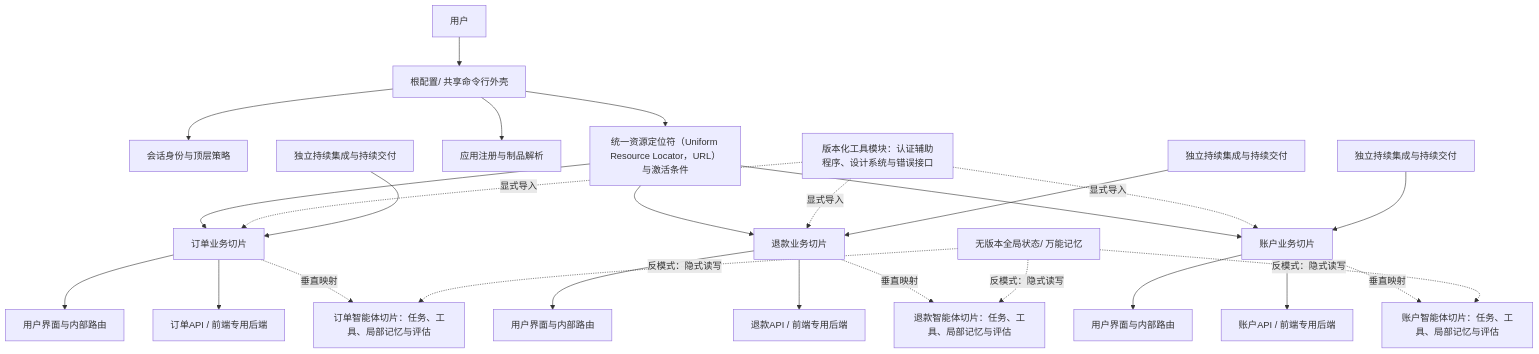
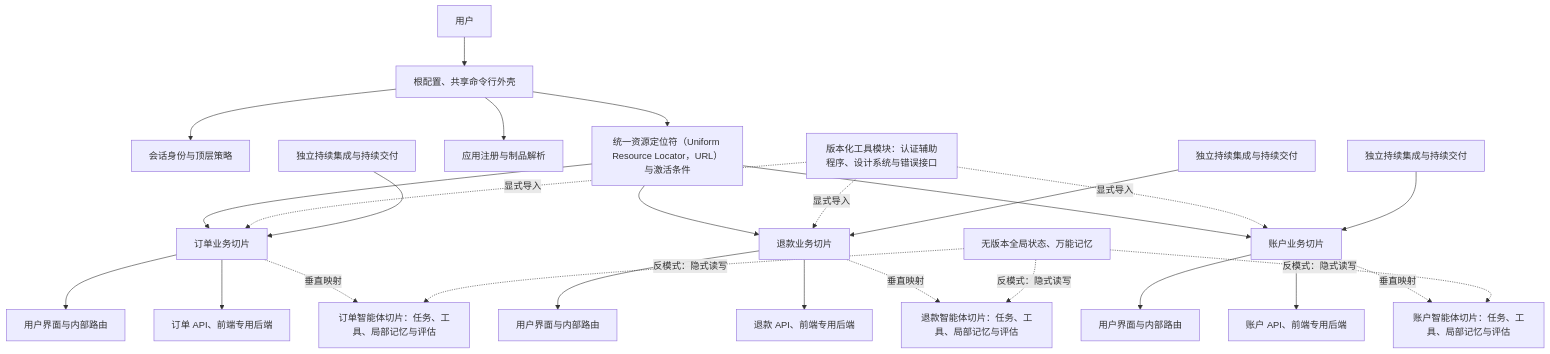
Before and after one commit to sealday/tego-arch: the first of 2 diagrams in content/cases/micro-frontends-single-spa.mdx, drawn with Mermaid. The commit also changed other lines of this file and 33 other files, not shown here.

````diff
--- a/content/cases/micro-frontends-single-spa.mdx
+++ b/content/cases/micro-frontends-single-spa.mdx
@@ -109,39 +109,39 @@
 ```mermaid
 flowchart TB
   accTitle: 微前端运行时组合与智能体垂直所有权映射
   accDescr: 共享命令行外壳根据路由和身份激活各业务切片；每个切片拥有自己的界面、领域逻辑、数据接口和发布流水线，并映射为拥有工具和局部记忆的智能体业务切片。
 
-  User["用户"] --> Shell["根配置/ 共享命令行外壳"]
+  User["用户"] --> Shell["根配置、共享命令行外壳"]
   Shell --> Identity["会话身份与顶层策略"]
   Shell --> Router["统一资源定位符（Uniform Resource Locator，URL）与激活条件"]
   Shell --> Registry["应用注册与制品解析"]
 
   Router --> Orders["订单业务切片"]
   Router --> Refunds["退款业务切片"]
   Router --> Profile["账户业务切片"]
 
   Orders --> OrdersUI["用户界面与内部路由"]
-  Orders --> OrdersAPI["订单API / 前端专用后端"]
+  Orders --> OrdersAPI["订单 API、前端专用后端"]
   Refunds --> RefundUI["用户界面与内部路由"]
-  Refunds --> RefundAPI["退款API / 前端专用后端"]
+  Refunds --> RefundAPI["退款 API、前端专用后端"]
   Profile --> ProfileUI["用户界面与内部路由"]
-  Profile --> ProfileAPI["账户API / 前端专用后端"]
+  Profile --> ProfileAPI["账户 API、前端专用后端"]
 
   Shared["版本化工具模块：认证辅助程序、设计系统与错误接口"]
   Shared -.显式导入.-> Orders
   Shared -.显式导入.-> Refunds
   Shared -.显式导入.-> Profile
 
   Orders -.垂直映射.-> OrderAgent["订单智能体切片：任务、工具、局部记忆与评估"]
   Refunds -.垂直映射.-> RefundAgent["退款智能体切片：任务、工具、局部记忆与评估"]
   Profile -.垂直映射.-> ProfileAgent["账户智能体切片：任务、工具、局部记忆与评估"]
 
   PipelineA["独立持续集成与持续交付"] --> Orders
   PipelineB["独立持续集成与持续交付"] --> Refunds
   PipelineC["独立持续集成与持续交付"] --> Profile
 
-  GlobalState["无版本全局状态/ 万能记忆"]
+  GlobalState["无版本全局状态、万能记忆"]
   GlobalState -.反模式：隐式读写.-> OrderAgent
   GlobalState -.反模式：隐式读写.-> RefundAgent
   GlobalState -.反模式：隐式读写.-> ProfileAgent
 ```
````
